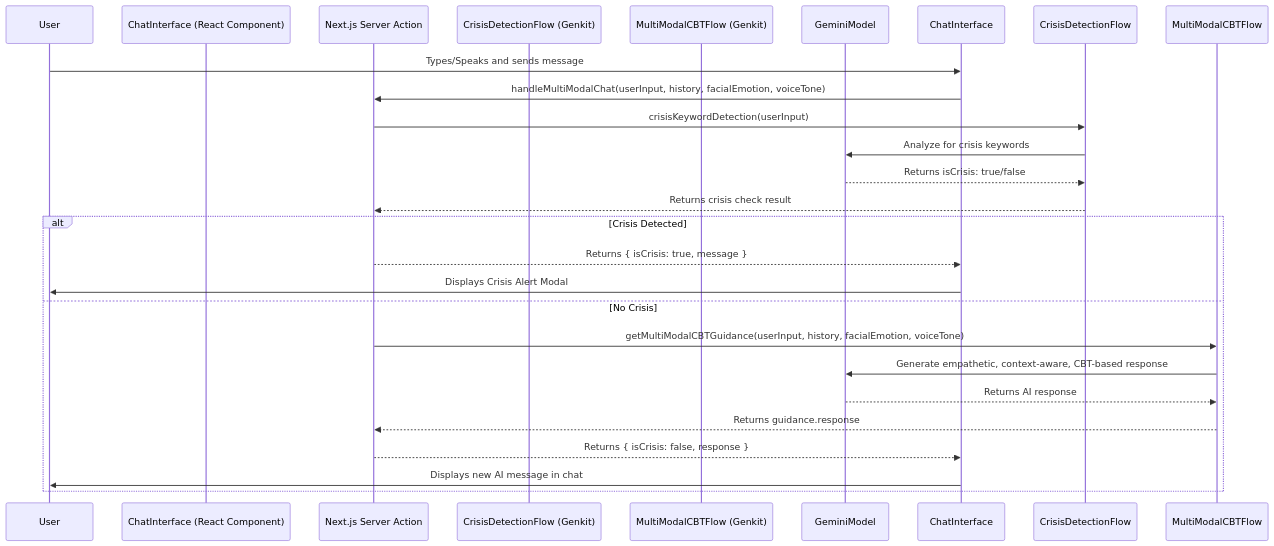
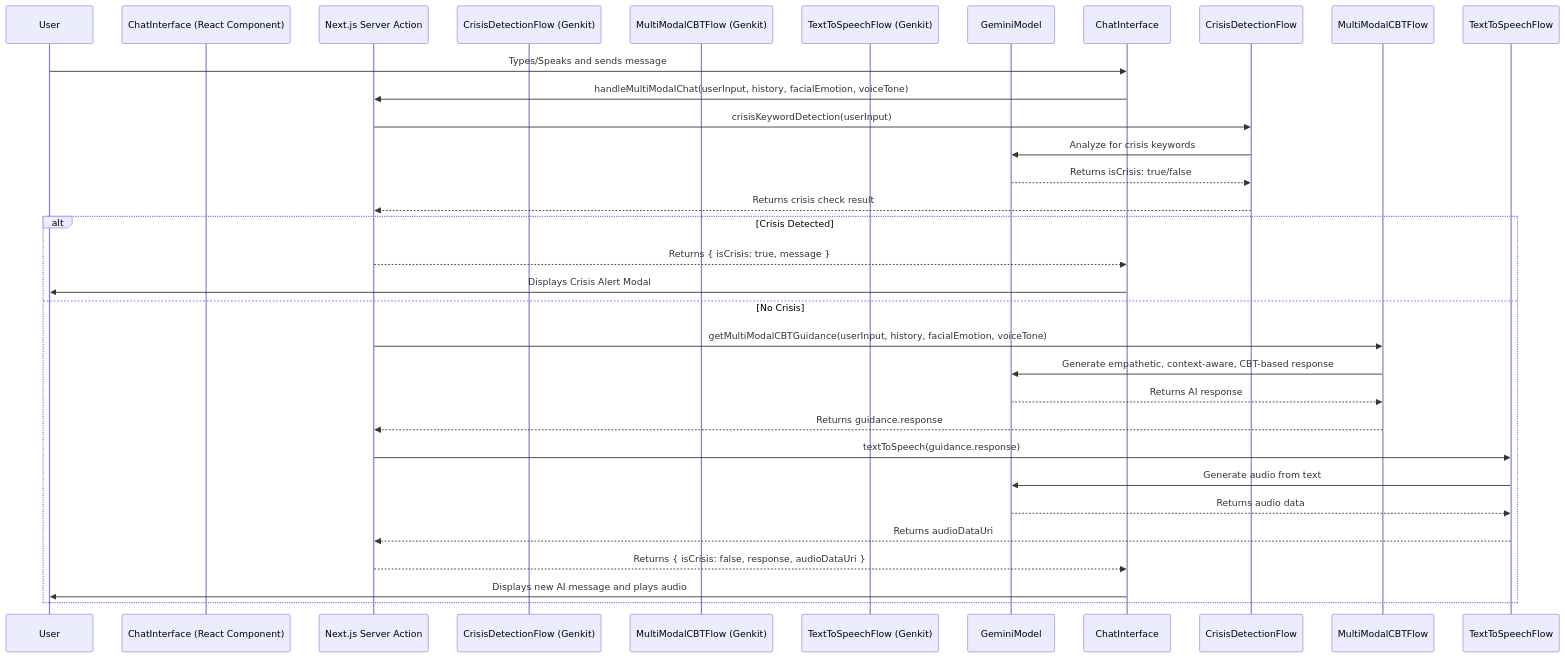
The third of 4 diagrams in src/README.md (Utpal-Kalita/Saarthi), drawn with Mermaid before and after one commit. The commit also changed other lines of this file, not shown here.

````diff
--- a/src/README.md
+++ b/src/README.md
@@ -169,28 +176,33 @@
 ```mermaid
 sequenceDiagram
     participant User
     participant ChatInterface (React Component)
     participant Next.js Server Action
     participant CrisisDetectionFlow (Genkit)
     participant MultiModalCBTFlow (Genkit)
+    participant TextToSpeechFlow (Genkit)
     participant GeminiModel
 
     User->>ChatInterface: Types/Speaks and sends message
     ChatInterface->>Next.js Server Action: handleMultiModalChat(userInput, history, facialEmotion, voiceTone)
     Next.js Server Action->>CrisisDetectionFlow: crisisKeywordDetection(userInput)
     CrisisDetectionFlow->>GeminiModel: Analyze for crisis keywords
     GeminiModel-->>CrisisDetectionFlow: Returns isCrisis: true/false
     CrisisDetectionFlow-->>Next.js Server Action: Returns crisis check result
 
     alt Crisis Detected
         Next.js Server Action-->>ChatInterface: Returns { isCrisis: true, message }
         ChatInterface->>User: Displays Crisis Alert Modal
     else No Crisis
         Next.js Server Action->>MultiModalCBTFlow: getMultiModalCBTGuidance(userInput, history, facialEmotion, voiceTone)
         MultiModalCBTFlow->>GeminiModel: Generate empathetic, context-aware, CBT-based response
         GeminiModel-->>MultiModalCBTFlow: Returns AI response
         MultiModalCBTFlow-->>Next.js Server Action: Returns guidance.response
-        Next.js Server Action-->>ChatInterface: Returns { isCrisis: false, response }
-        ChatInterface->>User: Displays new AI message in chat
+        Next.js Server Action->>TextToSpeechFlow: textToSpeech(guidance.response)
+        TextToSpeechFlow->>GeminiModel: Generate audio from text
+        GeminiModel-->>TextToSpeechFlow: Returns audio data
+        TextToSpeechFlow-->>Next.js Server Action: Returns audioDataUri
+        Next.js Server Action-->>ChatInterface: Returns { isCrisis: false, response, audioDataUri }
+        ChatInterface->>User: Displays new AI message and plays audio
     end
 ```
````
